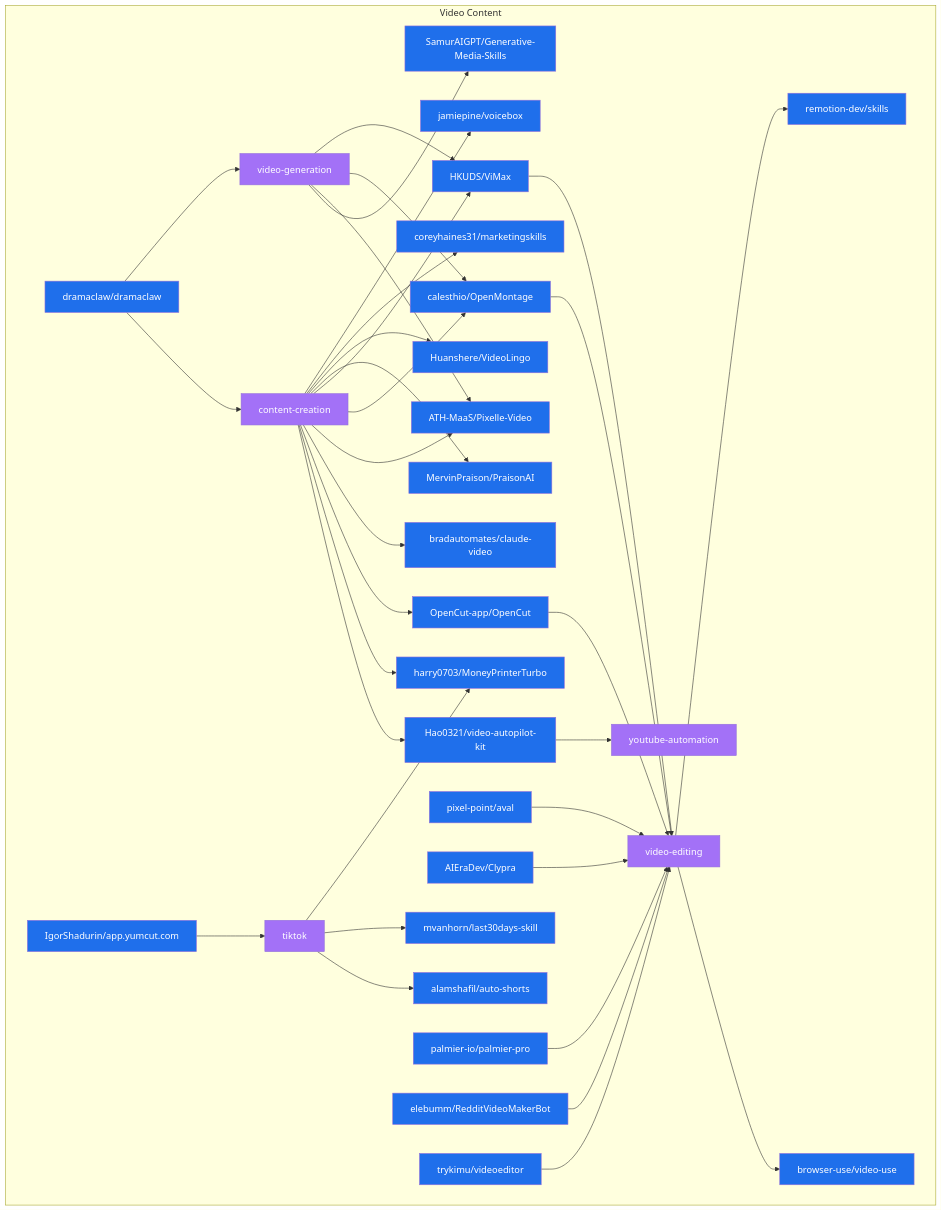
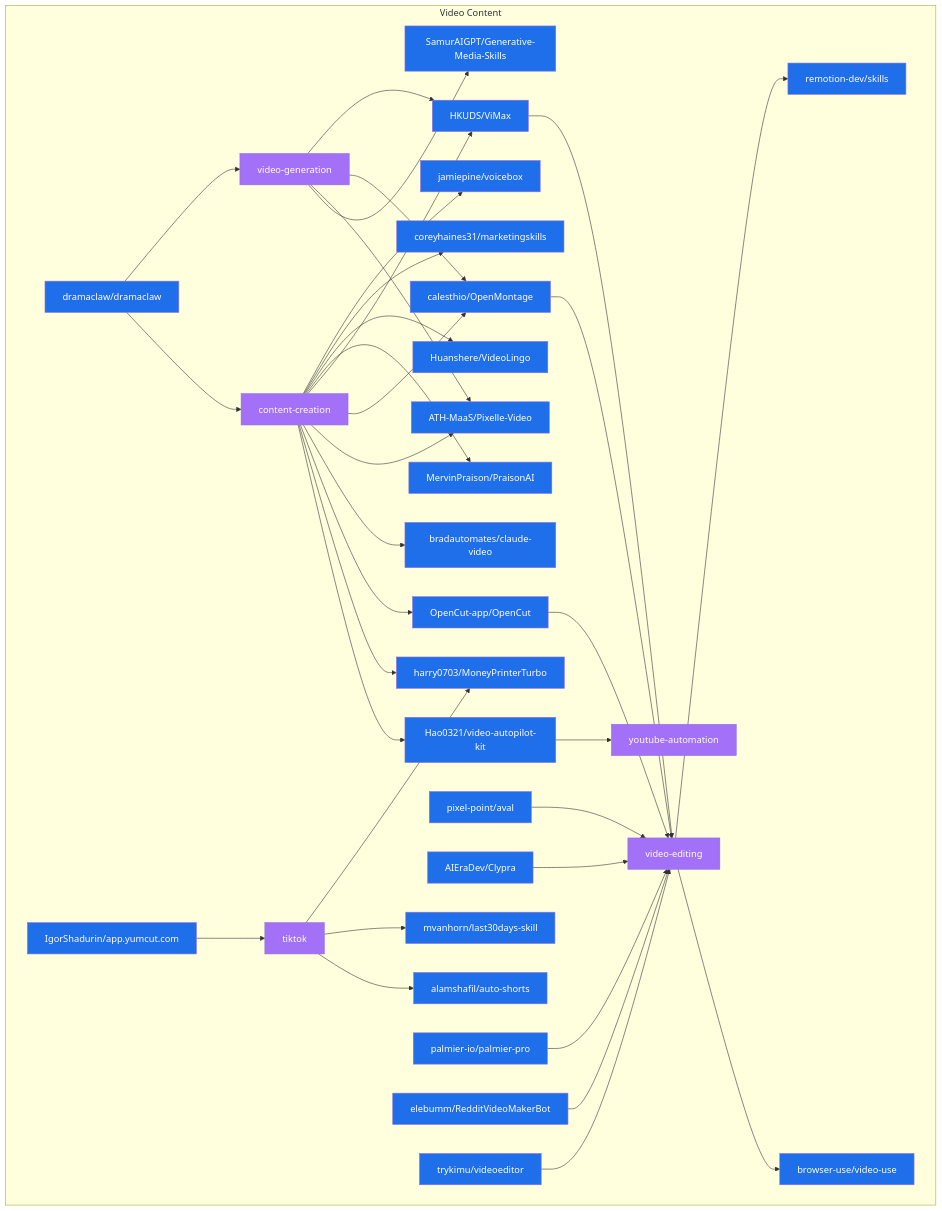
The diagram in data/star_graph_video_content.mermaid (Meru143/star-graph), drawn with Mermaid before and after one commit. The commit also changed other lines of this file and 15 other files, not shown here.

```diff
--- a/data/star_graph_video_content.mermaid
+++ b/data/star_graph_video_content.mermaid
@@ -1,68 +1,68 @@
 graph TD
   subgraph video_content ["Video Content"]
-    video_generation["video-generation"]:::topic
-    calesthio_OpenMontage["calesthio/OpenMontage"]:::repo
+    jamiepine_voicebox["jamiepine/voicebox"]:::repo
+    pixel_point_aval["pixel-point/aval"]:::repo
+    browser_use_video_use["browser-use/video-use"]:::repo
+    content_creation["content-creation"]:::topic
     Hao0321_video_autopilot_kit["Hao0321/video-autopilot-kit"]:::repo
-    trykimu_videoeditor["trykimu/videoeditor"]:::repo
-    ATH_MaaS_Pixelle_Video["ATH-MaaS/Pixelle-Video"]:::repo
+    mvanhorn_last30days_skill["mvanhorn/last30days-skill"]:::repo
+    palmier_io_palmier_pro["palmier-io/palmier-pro"]:::repo
     AIEraDev_Clypra["AIEraDev/Clypra"]:::repo
-    browser_use_video_use["browser-use/video-use"]:::repo
-    coreyhaines31_marketingskills["coreyhaines31/marketingskills"]:::repo
-    jamiepine_voicebox["jamiepine/voicebox"]:::repo
-    palmier_io_palmier_pro["palmier-io/palmier-pro"]:::repo
     dramaclaw_dramaclaw["dramaclaw/dramaclaw"]:::repo
     harry0703_MoneyPrinterTurbo["harry0703/MoneyPrinterTurbo"]:::repo
-    content_creation["content-creation"]:::topic
+    youtube_automation["youtube-automation"]:::topic
+    coreyhaines31_marketingskills["coreyhaines31/marketingskills"]:::repo
+    video_generation["video-generation"]:::topic
+    MervinPraison_PraisonAI["MervinPraison/PraisonAI"]:::repo
+    calesthio_OpenMontage["calesthio/OpenMontage"]:::repo
+    alamshafil_auto_shorts["alamshafil/auto-shorts"]:::repo
+    OpenCut_app_OpenCut["OpenCut-app/OpenCut"]:::repo
+    HKUDS_ViMax["HKUDS/ViMax"]:::repo
+    bradautomates_claude_video["bradautomates/claude-video"]:::repo
+    tiktok["tiktok"]:::topic
+    trykimu_videoeditor["trykimu/videoeditor"]:::repo
+    elebumm_RedditVideoMakerBot["elebumm/RedditVideoMakerBot"]:::repo
+    SamurAIGPT_Generative_Media_Skills["SamurAIGPT/Generative-Media-Skills"]:::repo
+    IgorShadurin_app_yumcut_com["IgorShadurin/app.yumcut.com"]:::repo
+    ATH_MaaS_Pixelle_Video["ATH-MaaS/Pixelle-Video"]:::repo
+    video_editing["video-editing"]:::topic
+    remotion_dev_skills["remotion-dev/skills"]:::repo
     Huanshere_VideoLingo["Huanshere/VideoLingo"]:::repo
-    mvanhorn_last30days_skill["mvanhorn/last30days-skill"]:::repo
-    MervinPraison_PraisonAI["MervinPraison/PraisonAI"]:::repo
-    SamurAIGPT_Generative_Media_Skills["SamurAIGPT/Generative-Media-Skills"]:::repo
-    OpenCut_app_OpenCut["OpenCut-app/OpenCut"]:::repo
-    elebumm_RedditVideoMakerBot["elebumm/RedditVideoMakerBot"]:::repo
-    alamshafil_auto_shorts["alamshafil/auto-shorts"]:::repo
-    remotion_dev_skills["remotion-dev/skills"]:::repo
-    youtube_automation["youtube-automation"]:::topic
-    video_editing["video-editing"]:::topic
-    bradautomates_claude_video["bradautomates/claude-video"]:::repo
-    pixel_point_aval["pixel-point/aval"]:::repo
-    IgorShadurin_app_yumcut_com["IgorShadurin/app.yumcut.com"]:::repo
-    HKUDS_ViMax["HKUDS/ViMax"]:::repo
-    tiktok["tiktok"]:::topic
   end
   dramaclaw_dramaclaw --> content_creation
   dramaclaw_dramaclaw --> video_generation
   content_creation --> Hao0321_video_autopilot_kit
   content_creation --> harry0703_MoneyPrinterTurbo
   content_creation --> OpenCut_app_OpenCut
   content_creation --> bradautomates_claude_video
   content_creation --> ATH_MaaS_Pixelle_Video
   content_creation --> calesthio_OpenMontage
   content_creation --> HKUDS_ViMax
   content_creation --> MervinPraison_PraisonAI
   content_creation --> Huanshere_VideoLingo
   content_creation --> coreyhaines31_marketingskills
   content_creation --> jamiepine_voicebox
   video_generation --> SamurAIGPT_Generative_Media_Skills
   video_generation --> ATH_MaaS_Pixelle_Video
   video_generation --> calesthio_OpenMontage
   video_generation --> HKUDS_ViMax
   pixel_point_aval --> video_editing
   AIEraDev_Clypra --> video_editing
   Hao0321_video_autopilot_kit --> youtube_automation
   OpenCut_app_OpenCut --> video_editing
   IgorShadurin_app_yumcut_com --> tiktok
   tiktok --> alamshafil_auto_shorts
   tiktok --> mvanhorn_last30days_skill
   tiktok --> harry0703_MoneyPrinterTurbo
   calesthio_OpenMontage --> video_editing
   palmier_io_palmier_pro --> video_editing
   elebumm_RedditVideoMakerBot --> video_editing
   HKUDS_ViMax --> video_editing
   trykimu_videoeditor --> video_editing
   video_editing --> browser_use_video_use
   video_editing --> remotion_dev_skills
   classDef repo fill:#1f6feb,color:#fff;
   classDef topic fill:#a371f7,color:#fff;
   classDef technology fill:#3fb950,color:#fff;
   classDef use_case fill:#d29922,color:#fff;
   classDef architecture fill:#f85149,color:#fff;
```
